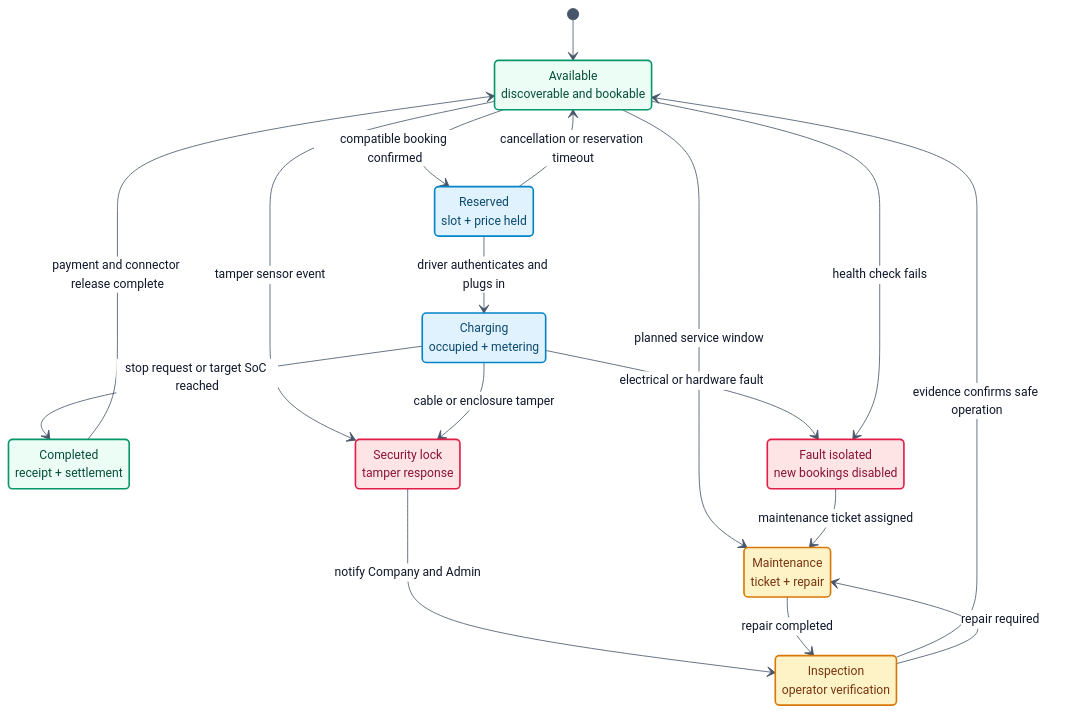
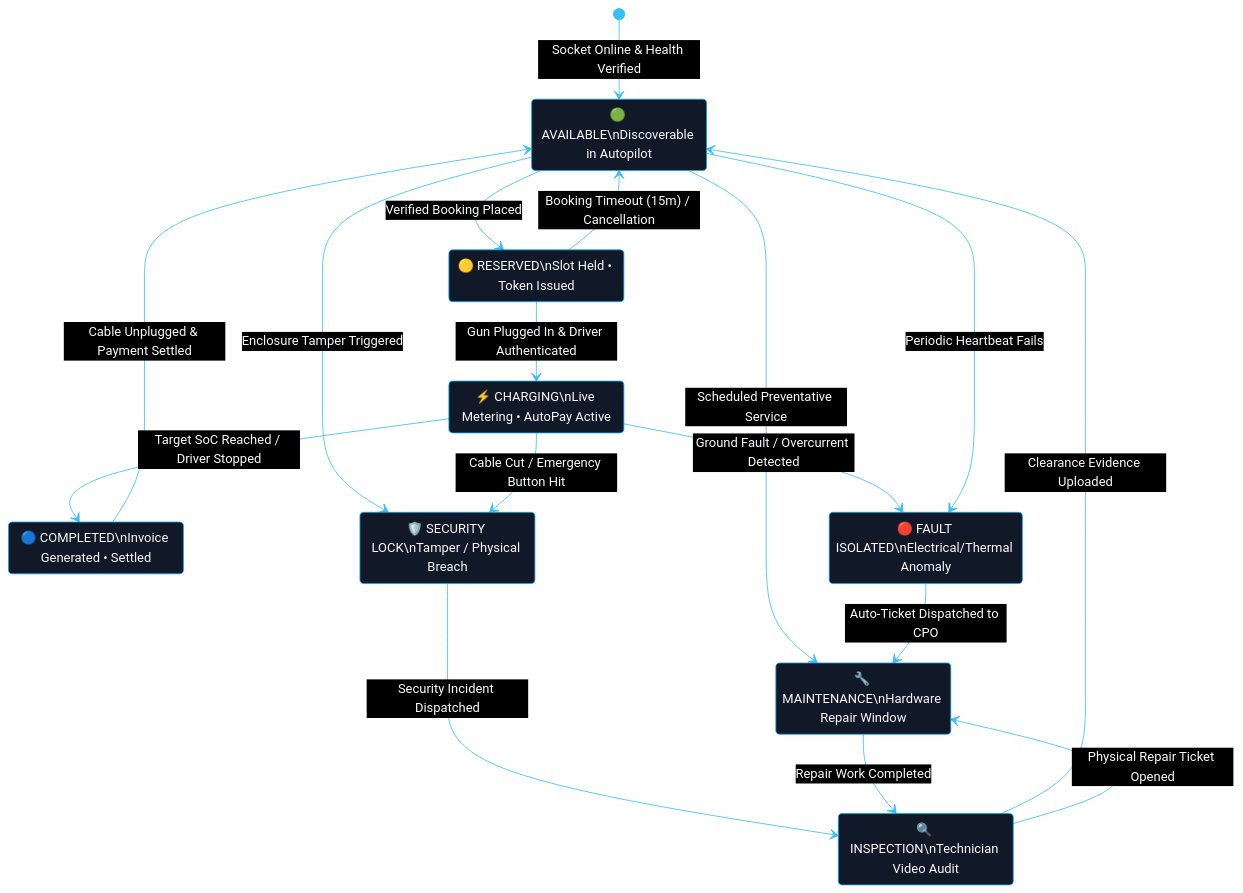
The sixth of 10 diagrams in README.md (cs1m2414238/vidyutEV-1.0), drawn with Mermaid before and after one commit. The commit also changed other lines of this file, not shown here.

````diff
--- a/README.md
+++ b/README.md
@@ -364,38 +526,46 @@
 ```mermaid
-%%{init: {"theme":"base","themeVariables":{"background":"#ffffff","fontFamily":"Inter, ui-sans-serif, system-ui, sans-serif","fontSize":"15px","primaryColor":"#ecfdf5","primaryTextColor":"#0f172a","primaryBorderColor":"#059669","lineColor":"#475569","secondaryColor":"#e0f2fe","tertiaryColor":"#f5f3ff","clusterBkg":"#f8fafc","clusterBorder":"#cbd5e1","edgeLabelBackground":"#ffffff"}}}%%
+%%{init: {
+  "theme": "base",
+  "themeVariables": {
+    "darkMode": true,
+    "background": "#0b0f19",
+    "primaryColor": "#111827",
+    "primaryTextColor": "#f8fafc",
+    "primaryBorderColor": "#0ea5e9",
+    "lineColor": "#38bdf8",
+    "fontFamily": "Inter, sans-serif"
+  }
+}}%%
 stateDiagram-v2
-    state "Available<br/>discoverable and bookable" as Available
-    state "Reserved<br/>slot + price held" as Reserved
-    state "Charging<br/>occupied + metering" as Charging
-    state "Completed<br/>receipt + settlement" as Completed
-    state "Fault isolated<br/>new bookings disabled" as Isolated
-    state "Security lock<br/>tamper response" as SecurityLock
-    state "Inspection<br/>operator verification" as Inspection
-    state "Maintenance<br/>ticket + repair" as Maintenance
+    [*] --> Available: Socket Online & Health Verified
 
-    [*] --> Available
-    Available --> Reserved: compatible booking confirmed
-    Reserved --> Charging: driver authenticates and plugs in
-    Reserved --> Available: cancellation or reservation timeout
-    Charging --> Completed: stop request or target SoC reached
-    Completed --> Available: payment and connector release complete
-    Available --> Maintenance: planned service window
-    Charging --> Isolated: electrical or hardware fault
-    Available --> Isolated: health check fails
-    Available --> SecurityLock: tamper sensor event
-    Charging --> SecurityLock: cable or enclosure tamper
-    SecurityLock --> Inspection: notify Company and Admin
-    Inspection --> Available: evidence confirms safe operation
-    Inspection --> Maintenance: repair required
-    Isolated --> Maintenance: maintenance ticket assigned
-    Maintenance --> Inspection: repair completed
+    state "🟢 AVAILABLE\nDiscoverable in Autopilot" as Available
+    state "🟡 RESERVED\nSlot Held • Token Issued" as Reserved
+    state "⚡ CHARGING\nLive Metering • AutoPay Active" as Charging
+    state "🔵 COMPLETED\nInvoice Generated • Settled" as Completed
+    state "🔴 FAULT ISOLATED\nElectrical/Thermal Anomaly" as FaultIsolated
+    state "🛡️ SECURITY LOCK\nTamper / Physical Breach" as SecurityLock
+    state "🔍 INSPECTION\nTechnician Video Audit" as Inspection
+    state "🔧 MAINTENANCE\nHardware Repair Window" as Maintenance
 
-    classDef healthy fill:#ecfdf5,stroke:#059669,color:#064e3b,stroke-width:2px
-    classDef active fill:#e0f2fe,stroke:#0284c7,color:#0c4a6e,stroke-width:2px
-    classDef caution fill:#fef3c7,stroke:#d97706,color:#78350f,stroke-width:2px
-    classDef danger fill:#ffe4e6,stroke:#e11d48,color:#881337,stroke-width:2px
-    class Available,Completed healthy
-    class Reserved,Charging active
-    class Inspection,Maintenance caution
-    class Isolated,SecurityLock danger
+    Available --> Reserved: Verified Booking Placed
+    Reserved --> Charging: Gun Plugged In & Driver Authenticated
+    Reserved --> Available: Booking Timeout (15m) / Cancellation
+    
+    Charging --> Completed: Target SoC Reached / Driver Stopped
+    Completed --> Available: Cable Unplugged & Payment Settled
+
+    Available --> Maintenance: Scheduled Preventative Service
+    Charging --> FaultIsolated: Ground Fault / Overcurrent Detected
+    Available --> FaultIsolated: Periodic Heartbeat Fails
+    
+    Available --> SecurityLock: Enclosure Tamper Triggered
+    Charging --> SecurityLock: Cable Cut / Emergency Button Hit
+    
+    SecurityLock --> Inspection: Security Incident Dispatched
+    Inspection --> Available: Clearance Evidence Uploaded
+    Inspection --> Maintenance: Physical Repair Ticket Opened
+    
+    FaultIsolated --> Maintenance: Auto-Ticket Dispatched to CPO
+    Maintenance --> Inspection: Repair Work Completed
 ```
````
